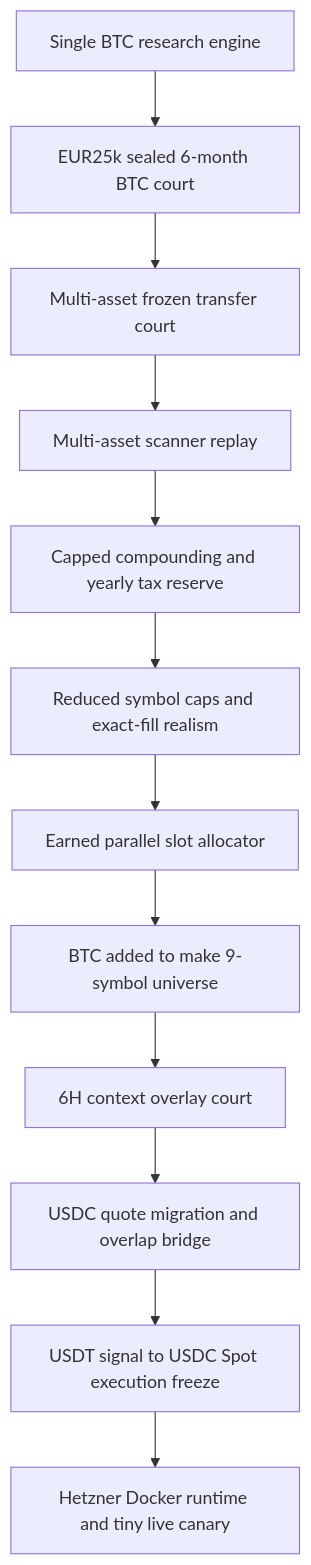
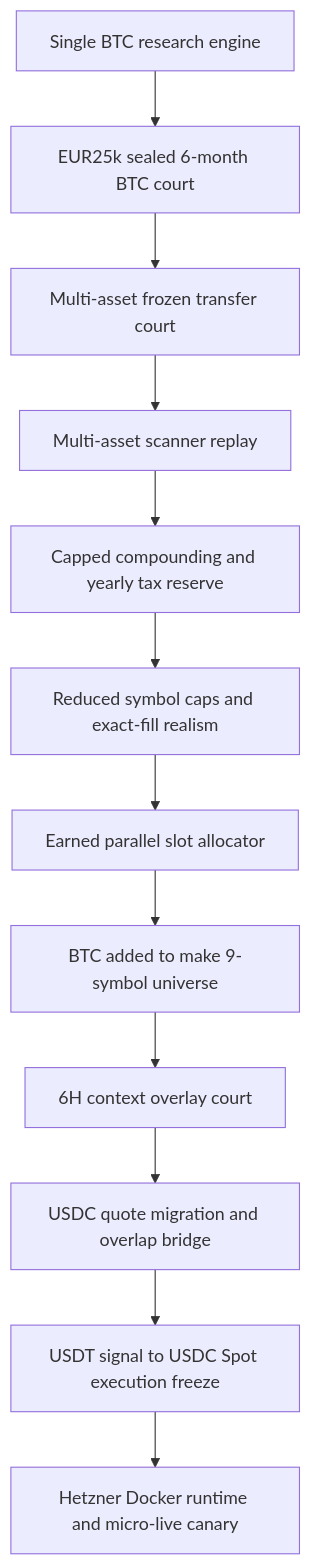
The first of 3 diagrams in README.md (nneupane1/Crypto-Compounding-Engine), drawn with Mermaid before and after one commit. The commit also changed other lines of this file and 6 other files, not shown here.

Commit message:
Promote canary to guarded micro live caps

````diff
--- a/README.md
+++ b/README.md
@@ -113,14 +113,14 @@
 ```mermaid
 flowchart TD
     A[Single BTC research engine] --> B[EUR25k sealed 6-month BTC court]
     B --> C[Multi-asset frozen transfer court]
     C --> D[Multi-asset scanner replay]
     D --> E[Capped compounding and yearly tax reserve]
     E --> F[Reduced symbol caps and exact-fill realism]
     F --> G[Earned parallel slot allocator]
     G --> H[BTC added to make 9-symbol universe]
     H --> I[6H context overlay court]
     I --> J[USDC quote migration and overlap bridge]
     J --> K[USDT signal to USDC Spot execution freeze]
-    K --> L[Hetzner Docker runtime and tiny live canary]
+    K --> L[Hetzner Docker runtime and micro-live canary]
 ```
````
